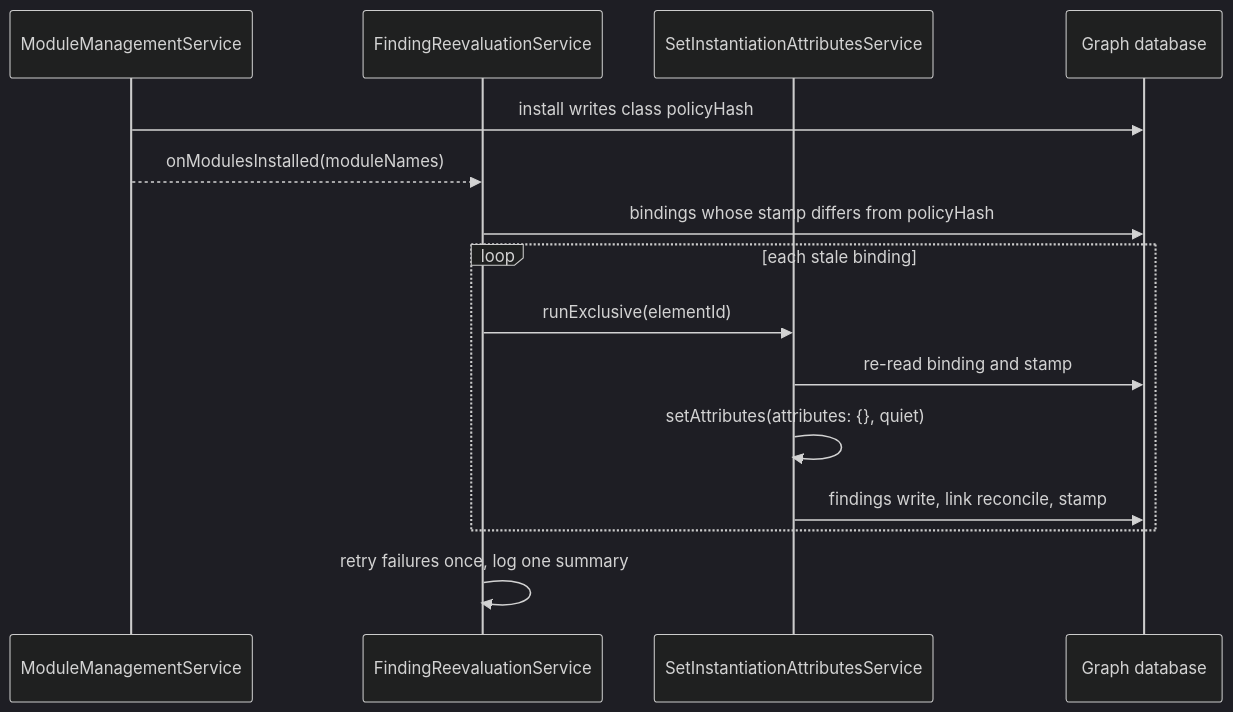
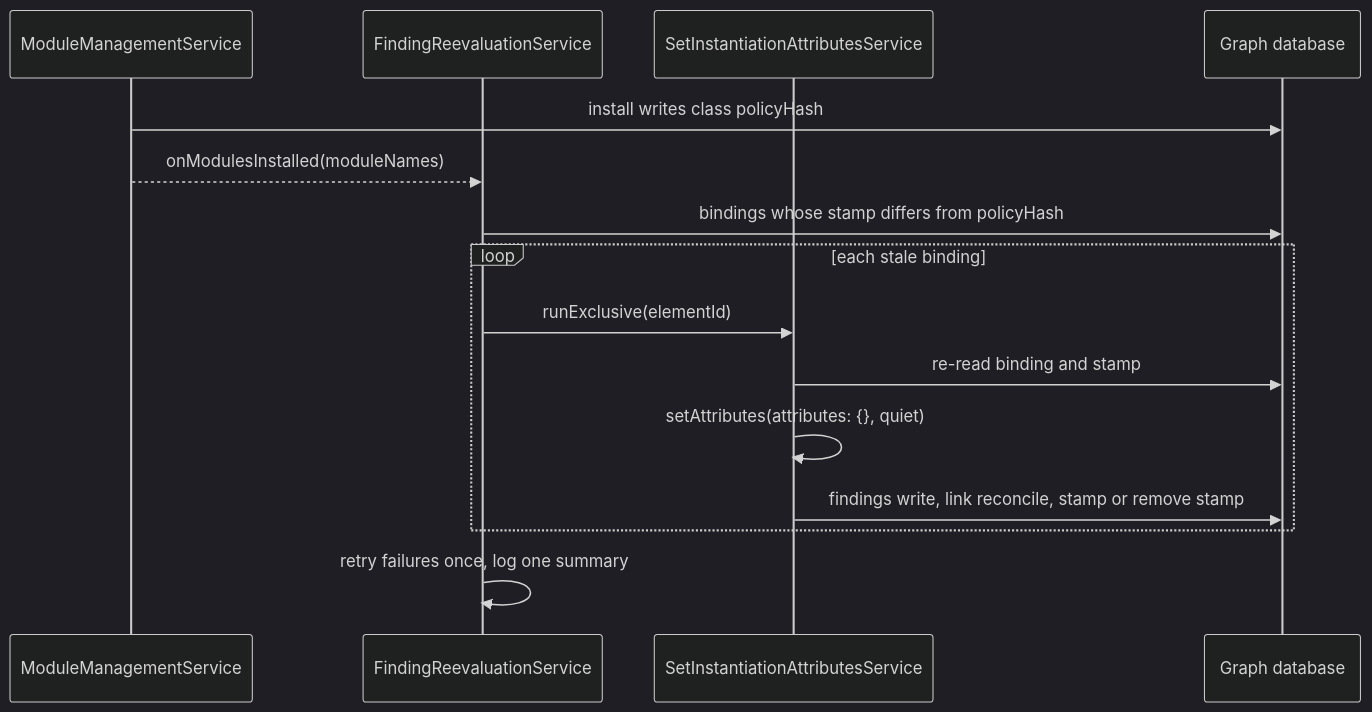
The diagram in docs/architecture/backend/LLD/SET_INSTANTIATION_ATTRIBUTES.md (dether-net/dethernety-oss), drawn with Mermaid (dark theme) before and after one commit. The commit also changed other lines of this file and 65 other files, not shown here.

````diff
--- a/docs/architecture/backend/LLD/SET_INSTANTIATION_ATTRIBUTES.md
+++ b/docs/architecture/backend/LLD/SET_INSTANTIATION_ATTRIBUTES.md
@@ -360,17 +366,17 @@
 ```mermaid
 sequenceDiagram
     participant MM as ModuleManagementService
     participant FR as FindingReevaluationService
     participant SIA as SetInstantiationAttributesService
     participant DB as Graph database
     MM->>DB: install writes class policyHash
     MM-->>FR: onModulesInstalled(moduleNames)
     FR->>DB: bindings whose stamp differs from policyHash
     loop each stale binding
         FR->>SIA: runExclusive(elementId)
         SIA->>DB: re-read binding and stamp
         SIA->>SIA: setAttributes(attributes: {}, quiet)
-        SIA->>DB: findings write, link reconcile, stamp
+        SIA->>DB: findings write, link reconcile, stamp or remove stamp
     end
     FR->>FR: retry failures once, log one summary
 ```
````
